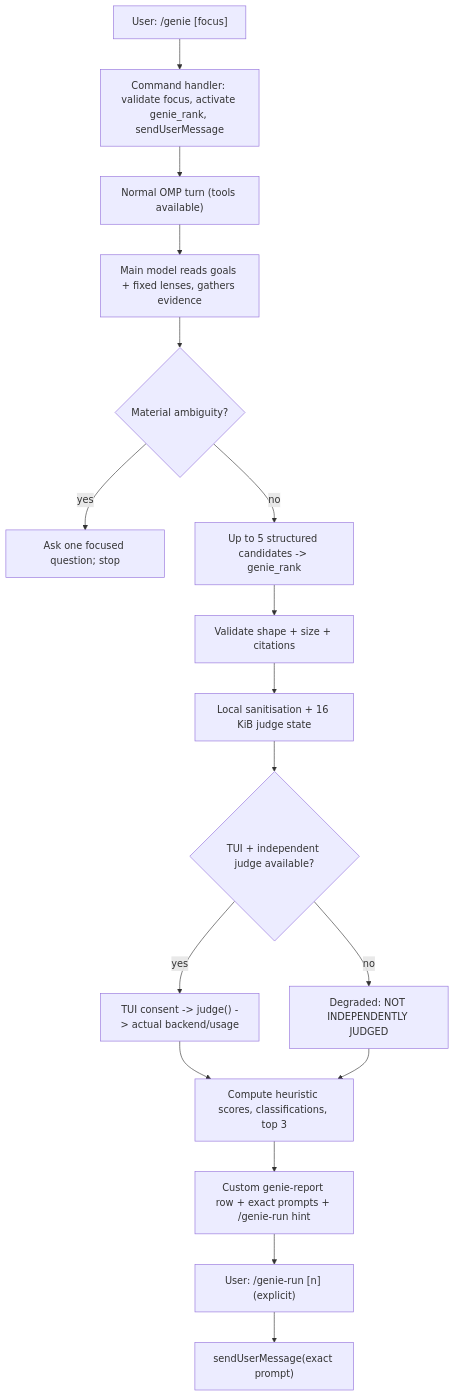
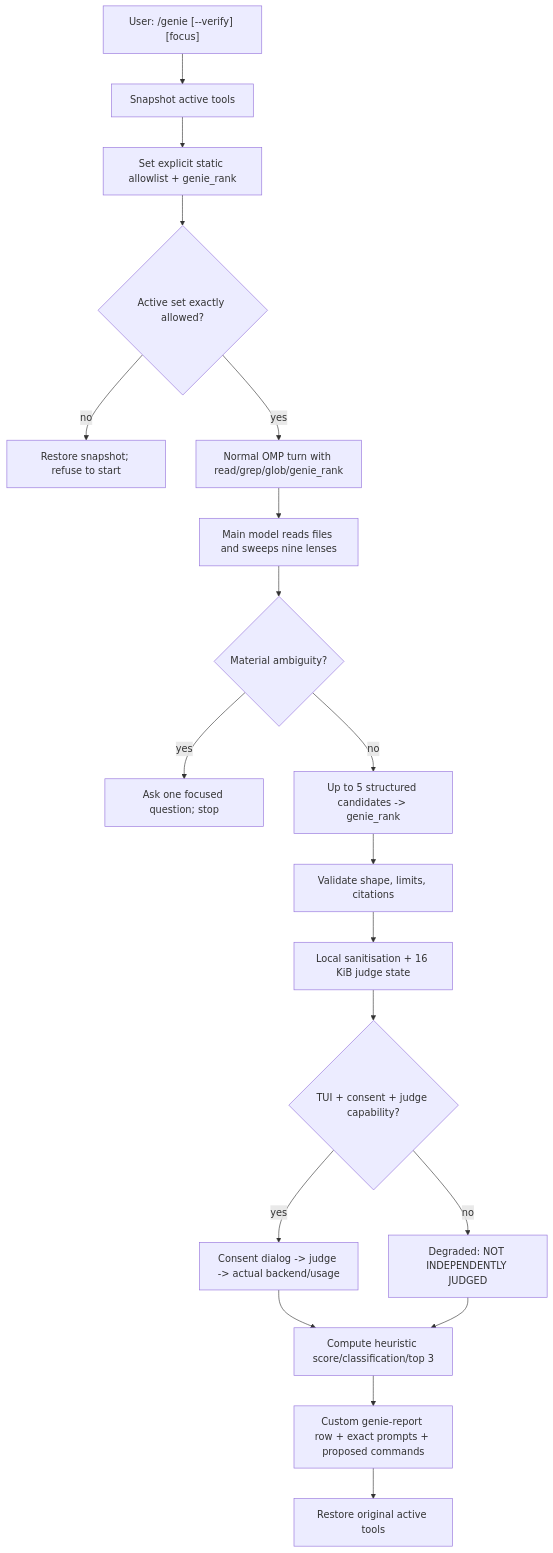
Before and after one commit to haibt163/omp-genie: the diagram in docs/architecture.md, drawn with Mermaid. The commit also changed other lines of this file and 3 other files, not shown here.

````diff
--- a/docs/architecture.md
+++ b/docs/architecture.md
@@ -19,19 +20,21 @@
 ```mermaid
 flowchart TD
-    U["User: /genie [focus]"] --> C["Command handler: validate focus, activate genie_rank, sendUserMessage"]
-    C --> T["Normal OMP turn (tools available)"]
-    T --> G["Main model reads goals + fixed lenses, gathers evidence"]
+    U["User: /genie [--verify] [focus]"] --> S["Snapshot active tools"]
+    S --> R["Set explicit static allowlist + genie_rank"]
+    R --> V{"Active set exactly allowed?"}
+    V -- no --> F["Restore snapshot; refuse to start"]
+    V -- yes --> T["Normal OMP turn with read/grep/glob/genie_rank"]
+    T --> G["Main model reads files and sweeps nine lenses"]
     G --> A{"Material ambiguity?"}
     A -- yes --> Q["Ask one focused question; stop"]
     A -- no --> K["Up to 5 structured candidates -> genie_rank"]
-    K --> V["Validate shape + size + citations"]
-    V --> S["Local sanitisation + 16 KiB judge state"]
-    S --> J{"TUI + independent judge available?"}
-    J -- yes --> X["TUI consent -> judge() -> actual backend/usage"]
-    J -- no --> DG["Degraded: NOT INDEPENDENTLY JUDGED"]
-    X --> R["Compute heuristic scores, classifications, top 3"]
-    DG --> R
-    R --> O["Custom genie-report row + exact prompts + /genie-run hint"]
-    O --> P["User: /genie-run [n] (explicit)"]
-    P --> M["sendUserMessage(exact prompt)"]
+    K --> C["Validate shape, limits, citations"]
+    C --> H["Local sanitisation + 16 KiB judge state"]
+    H --> J{"TUI + consent + judge capability?"}
+    J -- yes --> X["Consent dialog -> judge -> actual backend/usage"]
+    J -- no --> D["Degraded: NOT INDEPENDENTLY JUDGED"]
+    X --> O["Compute heuristic score/classification/top 3"]
+    D --> O
+    O --> P["Custom genie-report row + exact prompts + proposed commands"]
+    P --> Z["Restore original active tools"]
 ```
````
